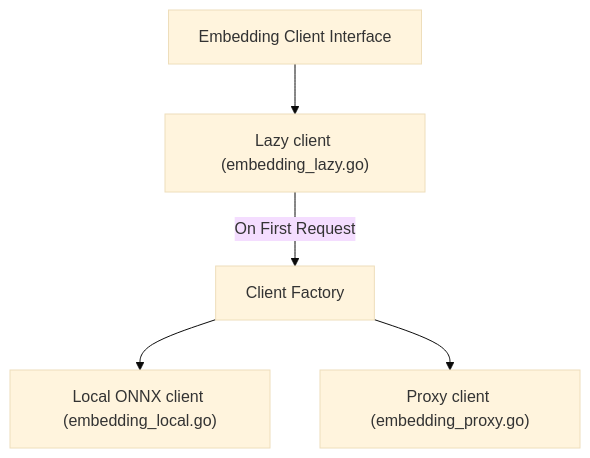
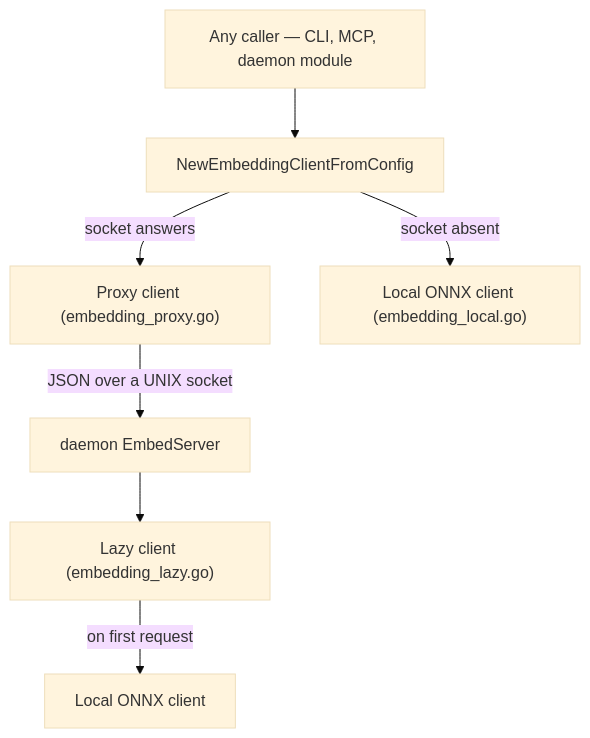
One commit to graphit-labs/graphit-code changed the diagram in docs/specs/ai_engine.md. Above: the diagram before and after it, drawn with Mermaid (base theme). The commit also changed other lines of this file and 905 other files, not shown here.

````diff
--- a/docs/specs/ai_engine.md
+++ b/docs/specs/ai_engine.md
@@ -42,7 +117,9 @@
 ```mermaid
 graph TD
-    Client["Embedding Client Interface"] --> Lazy["Lazy client (embedding_lazy.go)"]
-    Lazy -- On First Request --> Factory["Client Factory"]
-    Factory --> Local["Local ONNX client (embedding_local.go)"]
-    Factory --> Proxy["Proxy client (embedding_proxy.go)"]
+    Caller["Any caller — CLI, MCP, daemon module"] --> Factory["NewEmbeddingClientFromConfig"]
+    Factory -- "socket answers" --> Proxy["Proxy client (embedding_proxy.go)"]
+    Factory -- "socket absent" --> Local["Local ONNX client (embedding_local.go)"]
+    Proxy -- "JSON over a UNIX socket" --> Server["daemon EmbedServer"]
+    Server --> Lazy["Lazy client (embedding_lazy.go)"]
+    Lazy -- "on first request" --> Local2["Local ONNX client"]
 ```
````
